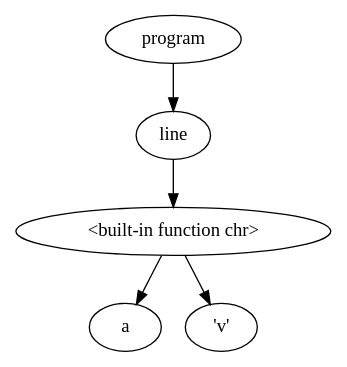
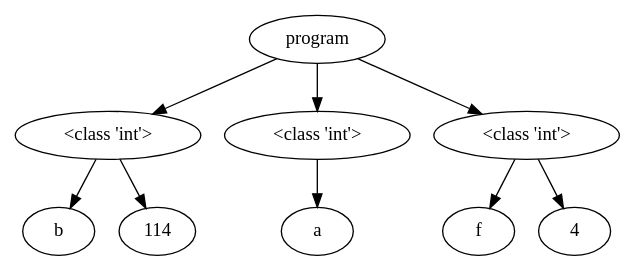
Before and after one commit to NielsVandenBroeck/COMP_Compiler: the diagram in OutputFiles/dotVisualization.dot, drawn with Graphviz. The commit also changed 5 other files, not shown here.

Commit message:
delete node "line" in AST

```diff
--- a/OutputFiles/dotVisualization.dot
+++ b/OutputFiles/dotVisualization.dot
@@ -1,13 +1,22 @@
 digraph G { 
-"<AST.AST object at 0x000001829FA70FA0> (0)"[label="program"]
-"<AST.AST object at 0x000001829FA70C40> (1)"[label="line"]
-"<AST.AST object at 0x000001829FA70FA0> (0)"->"<AST.AST object at 0x000001829FA70C40> (1)"
-"<AST.AST object at 0x000001829FA70C40> (1)"[label="line"]
-"<AST.ASTDataType object at 0x000001829FA70670> (2)"[label="<built-in function chr>"]
-"<AST.AST object at 0x000001829FA70C40> (1)"->"<AST.ASTDataType object at 0x000001829FA70670> (2)"
-"<AST.ASTDataType object at 0x000001829FA70670> (2)"[label="<built-in function chr>"]
-"<AST.ASTVariable object at 0x000001829FA70CD0> (3)"[label="a"]
-"<AST.ASTDataType object at 0x000001829FA70670> (2)"->"<AST.ASTVariable object at 0x000001829FA70CD0> (3)"
-"<AST.ASTOperator object at 0x000001829FA70F70> (3)"[label="'v'"]
-"<AST.ASTDataType object at 0x000001829FA70670> (2)"->"<AST.ASTOperator object at 0x000001829FA70F70> (3)"
+"<AST.AST object at 0x00000236935E1400> (0)"[label="program"]
+"<AST.ASTDataType object at 0x00000236935E1970> (1)"[label="<class 'int'>"]
+"<AST.AST object at 0x00000236935E1400> (0)"->"<AST.ASTDataType object at 0x00000236935E1970> (1)"
+"<AST.ASTDataType object at 0x00000236935E1970> (1)"[label="<class 'int'>"]
+"<AST.ASTVariable object at 0x00000236935E19D0> (2)"[label="b"]
+"<AST.ASTDataType object at 0x00000236935E1970> (1)"->"<AST.ASTVariable object at 0x00000236935E19D0> (2)"
+"<AST.AST object at 0x00000236935E1880> (2)"[label="114"]
+"<AST.ASTDataType object at 0x00000236935E1970> (1)"->"<AST.AST object at 0x00000236935E1880> (2)"
+"<AST.ASTDataType object at 0x00000236935E15E0> (1)"[label="<class 'int'>"]
+"<AST.AST object at 0x00000236935E1400> (0)"->"<AST.ASTDataType object at 0x00000236935E15E0> (1)"
+"<AST.ASTDataType object at 0x00000236935E15E0> (1)"[label="<class 'int'>"]
+"<AST.ASTVariable object at 0x00000236935E1B50> (2)"[label="a"]
+"<AST.ASTDataType object at 0x00000236935E15E0> (1)"->"<AST.ASTVariable object at 0x00000236935E1B50> (2)"
+"<AST.ASTDataType object at 0x00000236935E18B0> (1)"[label="<class 'int'>"]
+"<AST.AST object at 0x00000236935E1400> (0)"->"<AST.ASTDataType object at 0x00000236935E18B0> (1)"
+"<AST.ASTDataType object at 0x00000236935E18B0> (1)"[label="<class 'int'>"]
+"<AST.ASTVariable object at 0x00000236935E1D30> (2)"[label="f"]
+"<AST.ASTDataType object at 0x00000236935E18B0> (1)"->"<AST.ASTVariable object at 0x00000236935E1D30> (2)"
+"<AST.ASTOperator object at 0x00000236935E5130> (2)"[label="4"]
+"<AST.ASTDataType object at 0x00000236935E18B0> (1)"->"<AST.ASTOperator object at 0x00000236935E5130> (2)"
 }
```
